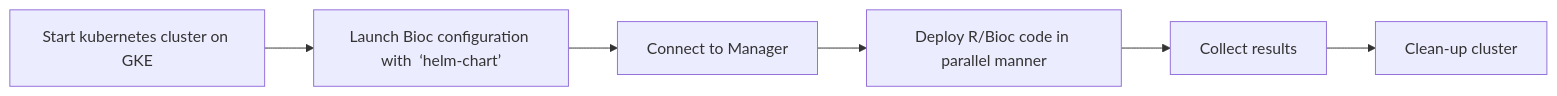
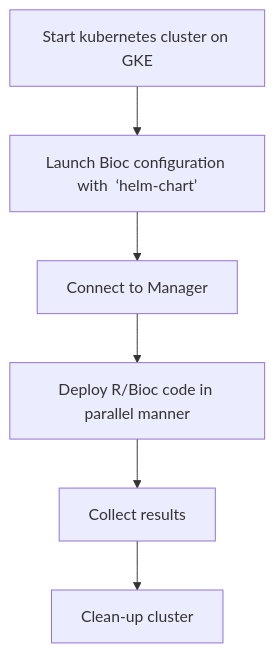
Before and after one commit to nturaga/bioc-k8s-cluster: the diagram in README.md, drawn with Mermaid.

Commit message:
top down flowchart

````diff
--- a/README.md
+++ b/README.md
@@ -23,6 +23,6 @@
 ```mermaid
 
-flowchart LR
+flowchart TD
     id1["Start kubernetes cluster on GKE"] -->id2["Launch Bioc configuration with  ‘helm-chart’"] -->id3["Connect to Manager"] -->id4["Deploy R/Bioc code in parallel manner"] -->id5["Collect results"] -->id6["Clean-up cluster"]
 
 ```
````
